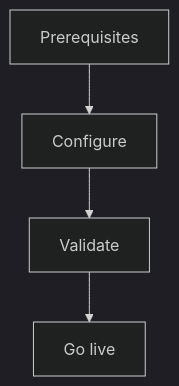
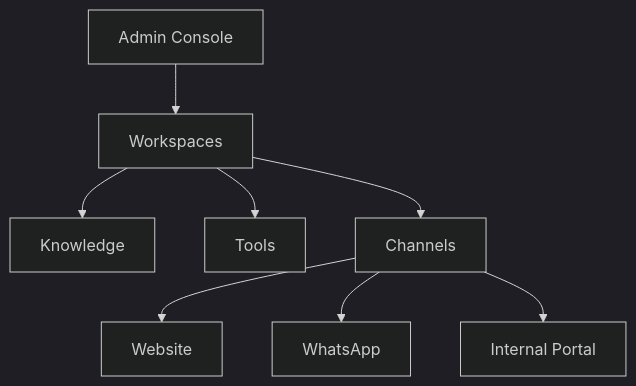
Before and after one commit to qefro-ai/qefro-documentation: the diagram in docs/guides/production-deployment.mdx, drawn with Mermaid (dark theme). The commit also changed other lines of this file and 12 other files, not shown here.

````diff
--- a/docs/guides/production-deployment.mdx
+++ b/docs/guides/production-deployment.mdx
@@ -34,6 +31,10 @@
 ```mermaid
-flowchart TD
-  A[Prerequisites] --> B[Configure]
-  B --> C[Validate]
-  C --> D[Go live]
+flowchart TB
+  Admin[Admin Console] --> WS[Workspaces]
+  WS --> K[Knowledge]
+  WS --> T[Tools]
+  WS --> Ch[Channels]
+  Ch --> Widget[Website]
+  Ch --> WA[WhatsApp]
+  Ch --> Portal[Internal Portal]
 ```
````
